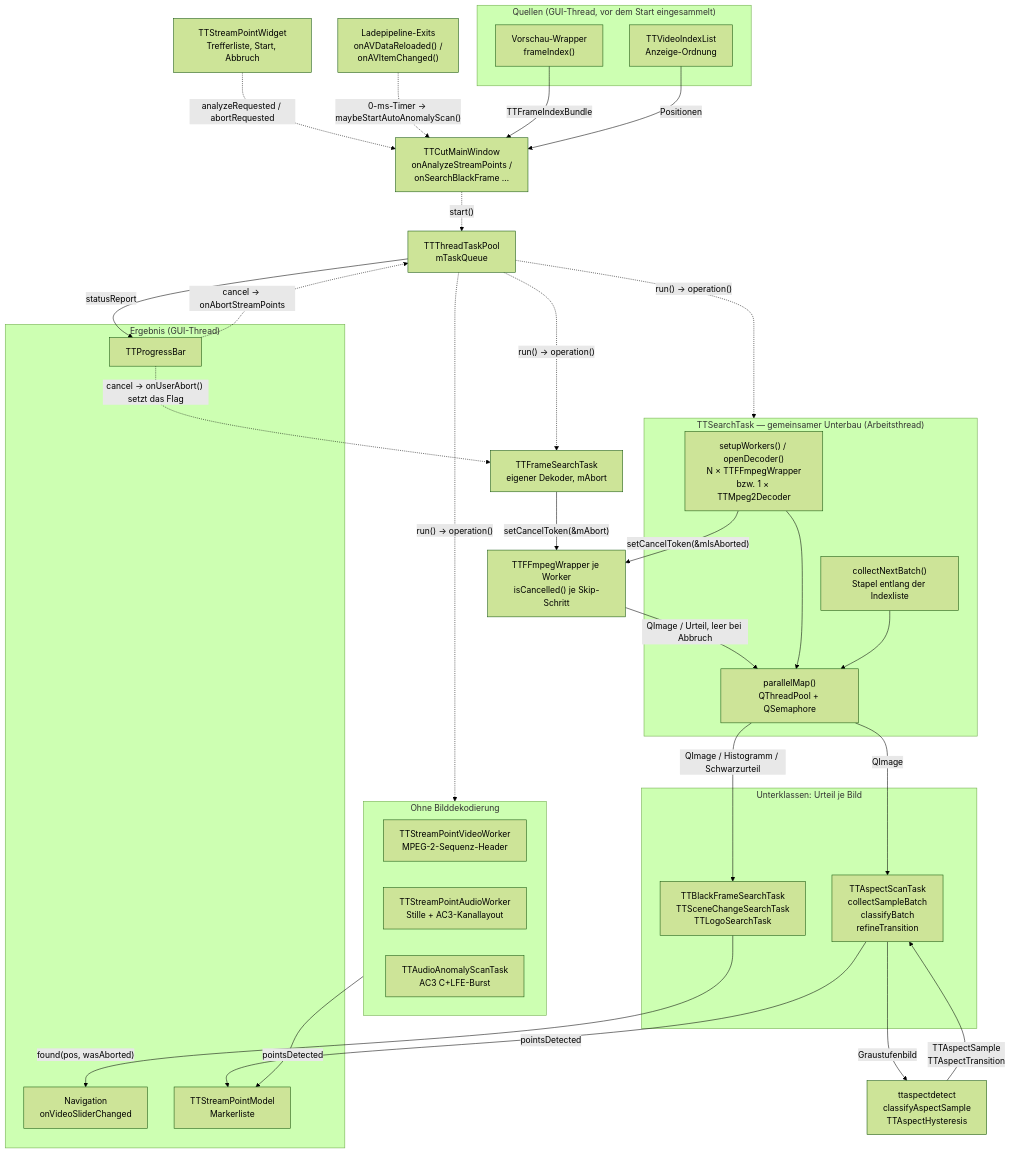
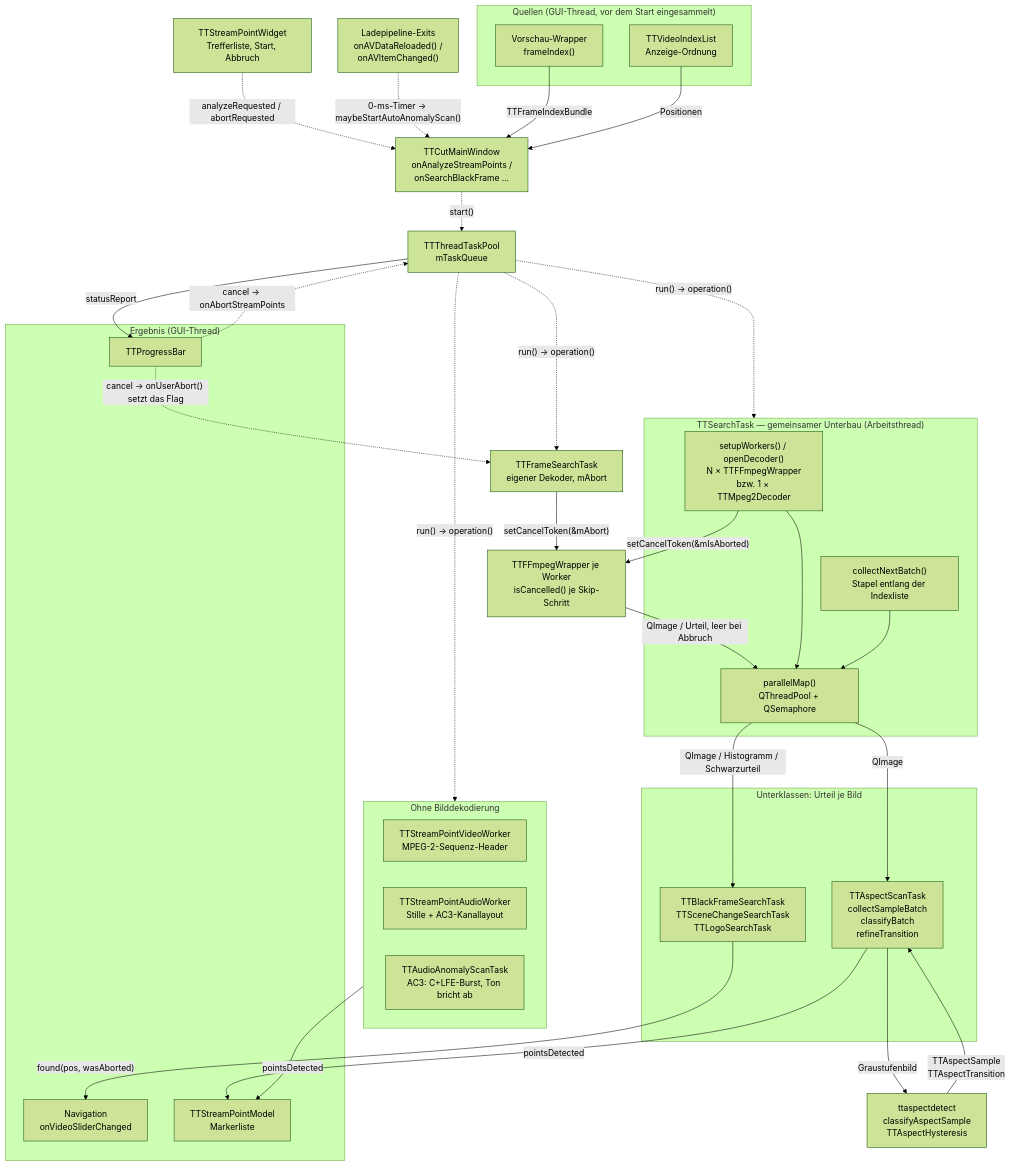
The diagram in docs/code-map/detection-and-search.md (MINIXJR/TTCut-ng), drawn with Mermaid (forest theme) before and after one commit. The commit also changed other lines of this file and 6 other files, not shown here.

First line of the commit message:
Docs: anomaly scan with stop search, repair changes, hearing verdicts

````diff
--- a/docs/code-map/detection-and-search.md
+++ b/docs/code-map/detection-and-search.md
@@ -117,66 +118,66 @@
 ```mermaid
 flowchart TB
     subgraph SRC["Quellen (GUI-Thread, vor dem Start eingesammelt)"]
         PREV["Vorschau-Wrapper<br/>frameIndex()"]
         IDX["TTVideoIndexList<br/>Anzeige-Ordnung"]
     end
 
     LOADEXIT["Ladepipeline-Exits<br/>onAVDataReloaded() /<br/>onAVItemChanged()"]
     MW["TTCutMainWindow<br/>onAnalyzeStreamPoints /<br/>onSearchBlackFrame …"]
     WIDGET["TTStreamPointWidget<br/>Trefferliste, Start, Abbruch"]
     POOLQ["TTThreadTaskPool<br/>mTaskQueue"]
 
     subgraph BASE["TTSearchTask — gemeinsamer Unterbau (Arbeitsthread)"]
         SETUP["setupWorkers() / openDecoder()<br/>N × TTFFmpegWrapper<br/>bzw. 1 × TTMpeg2Decoder"]
         BATCH["collectNextBatch()<br/>Stapel entlang der Indexliste"]
         PMAP["parallelMap()<br/>QThreadPool + QSemaphore"]
     end
 
     WRAP["TTFFmpegWrapper je Worker<br/>isCancelled() je Skip-Schritt"]
     FSEARCH["TTFrameSearchTask<br/>eigener Dekoder, mAbort"]
 
     subgraph TASKS["Unterklassen: Urteil je Bild"]
         DIRT["TTBlackFrameSearchTask<br/>TTSceneChangeSearchTask<br/>TTLogoSearchTask"]
         ASPECT["TTAspectScanTask<br/>collectSampleBatch<br/>classifyBatch<br/>refineTransition"]
     end
 
     PURE["ttaspectdetect<br/>classifyAspectSample<br/>TTAspectHysteresis"]
 
     subgraph NODEC["Ohne Bilddekodierung"]
         VWORK["TTStreamPointVideoWorker<br/>MPEG-2-Sequenz-Header"]
         AWORK["TTStreamPointAudioWorker<br/>Stille + AC3-Kanallayout"]
-        ANOMALY["TTAudioAnomalyScanTask<br/>AC3 C+LFE-Burst"]
+        ANOMALY["TTAudioAnomalyScanTask<br/>AC3: C+LFE-Burst, Ton bricht ab"]
     end
 
     subgraph OUT["Ergebnis (GUI-Thread)"]
         NAV["Navigation<br/>onVideoSliderChanged"]
         MODEL["TTStreamPointModel<br/>Markerliste"]
         BAR["TTProgressBar"]
     end
 
     WIDGET -. "analyzeRequested / abortRequested" .-> MW
     LOADEXIT -. "0-ms-Timer → maybeStartAutoAnomalyScan()" .-> MW
     PREV -- "TTFrameIndexBundle" --> MW
     IDX -- "Positionen" --> MW
     MW -. "start()" .-> POOLQ
     POOLQ -. "run() → operation()" .-> BASE
     POOLQ -. "run() → operation()" .-> NODEC
 
     SETUP -- "setCancelToken(&amp;mIsAborted)" --> WRAP
     FSEARCH -- "setCancelToken(&amp;mAbort)" --> WRAP
     POOLQ -. "run() → operation()" .-> FSEARCH
     BAR -. "cancel → onUserAbort() setzt das Flag" .-> FSEARCH
     WRAP -- "QImage / Urteil, leer bei Abbruch" --> PMAP
     SETUP --> PMAP
     BATCH --> PMAP
     PMAP -- "QImage / Histogramm / Schwarzurteil" --> DIRT
     PMAP -- "QImage" --> ASPECT
     ASPECT -- "Graustufenbild" --> PURE
     PURE -- "TTAspectSample<br/>TTAspectTransition" --> ASPECT
 
     DIRT -- "found(pos, wasAborted)" --> NAV
     ASPECT -- "pointsDetected" --> MODEL
     NODEC -- "pointsDetected" --> MODEL
     POOLQ -- "statusReport" --> BAR
     BAR -. "cancel → onAbortStreamPoints" .-> POOLQ
 ```
````
